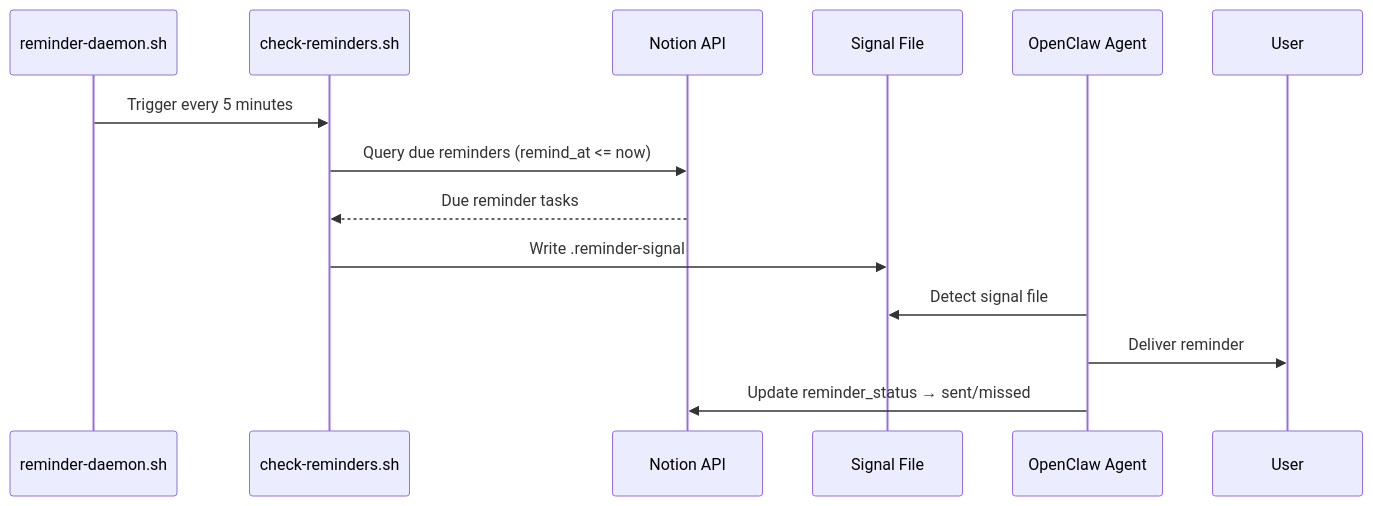
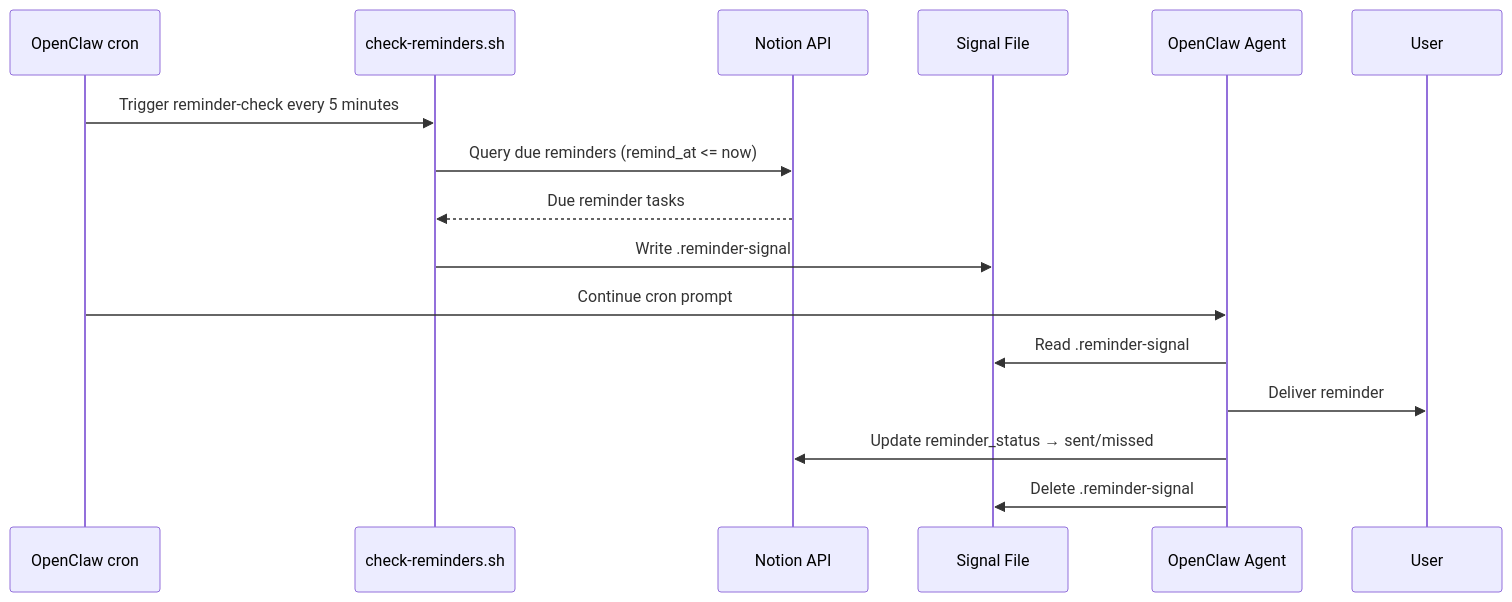
Before and after one commit to NickBorgersProbably/hide-my-list: diagram 23 of 29 in docs/user-interactions.md, drawn with Mermaid. The commit also changed 10 other files, not shown here.

Commit message:
docs: align reminder signal flow

````diff
--- a/docs/user-interactions.md
+++ b/docs/user-interactions.md
@@ -763,17 +763,19 @@
 ```mermaid
 sequenceDiagram
-    participant Daemon as reminder-daemon.sh
+    participant Cron as OpenClaw cron
     participant Scr as check-reminders.sh
     participant Notion as Notion API
     participant Signal as Signal File
     participant Agent as OpenClaw Agent
     participant User
 
-    Daemon->>Scr: Trigger every 5 minutes
+    Cron->>Scr: Trigger reminder-check every 5 minutes
     Scr->>Notion: Query due reminders (remind_at <= now)
     Notion-->>Scr: Due reminder tasks
     Scr->>Signal: Write .reminder-signal
-    Agent->>Signal: Detect signal file
+    Cron->>Agent: Continue cron prompt
+    Agent->>Signal: Read .reminder-signal
     Agent->>User: Deliver reminder
     Agent->>Notion: Update reminder_status → sent/missed
+    Agent->>Signal: Delete .reminder-signal
 ```
````
